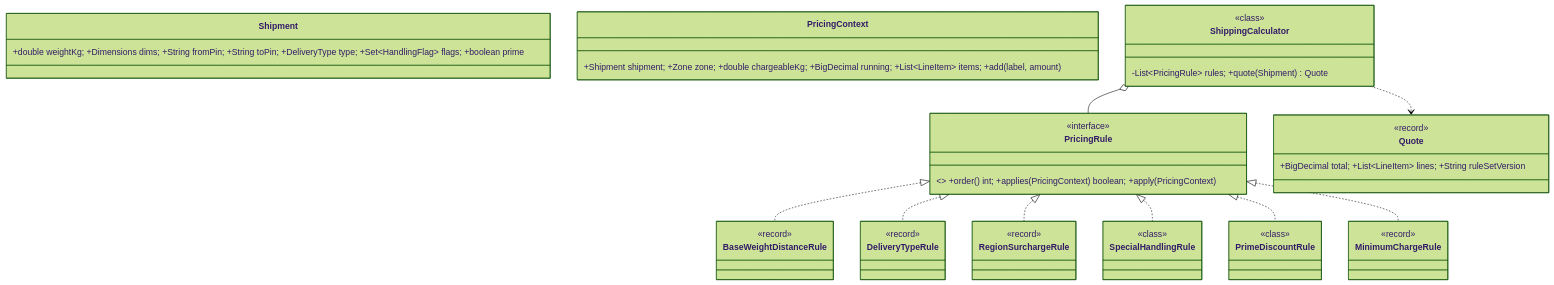
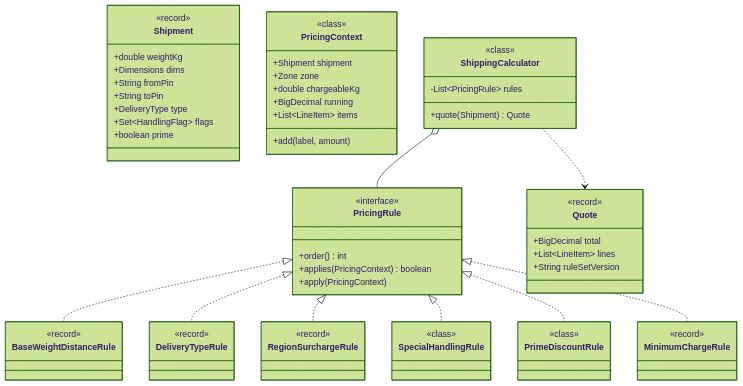
The first of 2 diagrams in system-design/lld/20-shipping-cost-calculator.md (amarkum/amarkumar.guru), drawn with Mermaid (forest theme) before and after one commit. The commit also changed other lines of this file and 27 other files, not shown here.

````diff
--- a/system-design/lld/20-shipping-cost-calculator.md
+++ b/system-design/lld/20-shipping-cost-calculator.md
@@ -38,43 +38,72 @@
 ```mermaid
 classDiagram
-    class Shipment { +double weightKg; +Dimensions dims; +String fromPin; +String toPin; +DeliveryType type; +Set~HandlingFlag~ flags; +boolean prime }
-    class PricingContext { +Shipment shipment; +Zone zone; +double chargeableKg; +BigDecimal running; +List~LineItem~ items; +add(label, amount) }
-    class PricingRule { <<interface>> +order() int; +applies(PricingContext) boolean; +apply(PricingContext) }
+    class Shipment {
+      <<record>>
+      +double weightKg
+      +Dimensions dims
+      +String fromPin
+      +String toPin
+      +DeliveryType type
+      +Set~HandlingFlag~ flags
+      +boolean prime
+    }
+    class PricingContext {
+      <<class>>
+      +Shipment shipment
+      +Zone zone
+      +double chargeableKg
+      +BigDecimal running
+      +List~LineItem~ items
+      +add(label, amount)
+    }
+    class PricingRule {
+      <<interface>>
+      +order() int
+      +applies(PricingContext) boolean
+      +apply(PricingContext)
+    }
     class BaseWeightDistanceRule {
       <<record>>
     }
     class DeliveryTypeRule {
       <<record>>
     }
     class RegionSurchargeRule {
       <<record>>
     }
     class SpecialHandlingRule {
       <<class>>
     }
     class PrimeDiscountRule {
       <<class>>
     }
     class MinimumChargeRule {
       <<record>>
     }
-    class ShippingCalculator { -List~PricingRule~ rules; +quote(Shipment) Quote }
-    class Quote { +BigDecimal total; +List~LineItem~ lines; +String ruleSetVersion }
+    class ShippingCalculator {
+      -List~PricingRule~ rules
+      +quote(Shipment) Quote
+    }
+    class Quote {
+      +BigDecimal total
+      +List~LineItem~ lines
+      +String ruleSetVersion
+    }
     PricingRule <|.. BaseWeightDistanceRule
     PricingRule <|.. DeliveryTypeRule
     PricingRule <|.. RegionSurchargeRule
     PricingRule <|.. SpecialHandlingRule
     PricingRule <|.. PrimeDiscountRule
     PricingRule <|.. MinimumChargeRule
     ShippingCalculator o-- PricingRule
     ShippingCalculator ..> Quote
     class PricingRule {
       <<interface>>
     }
     class ShippingCalculator {
       <<class>>
     }
     class Quote {
       <<record>>
     }
 ```
````
